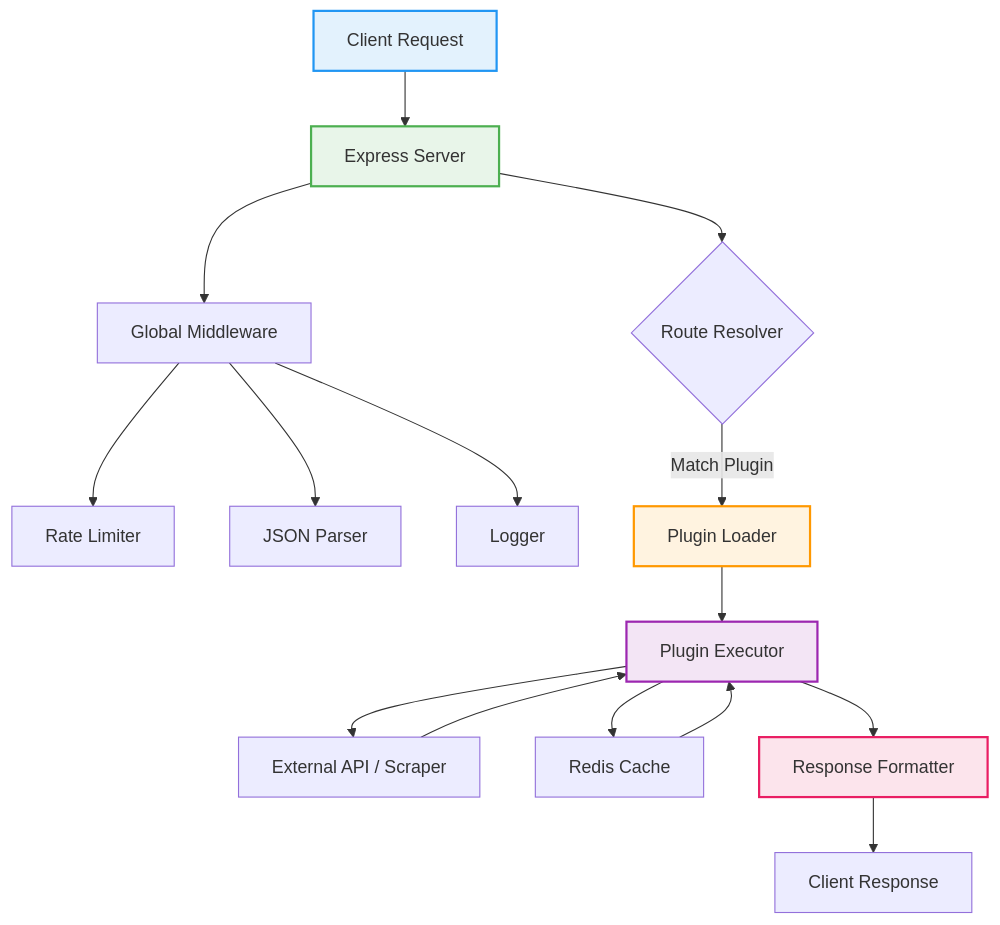
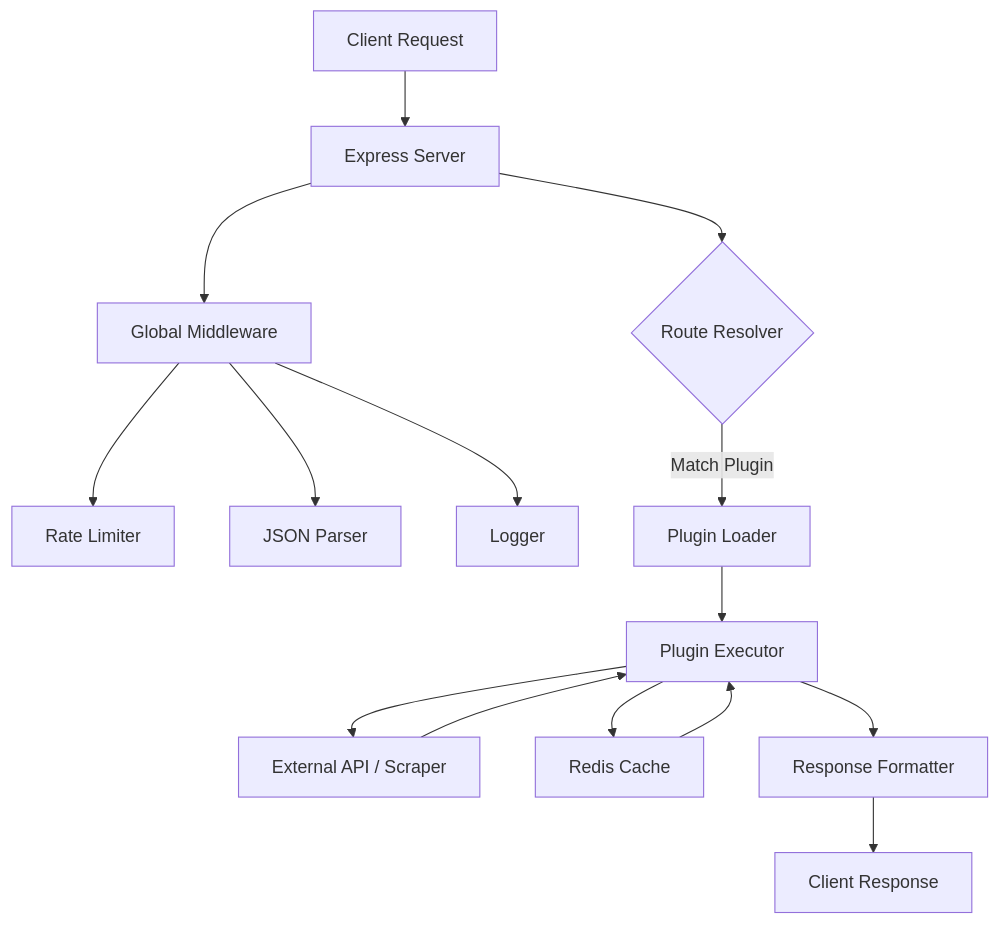
Before and after one commit to Darrma23/libie-api: the diagram in README.md, drawn with Mermaid. The commit also changed other lines of this file, not shown here.

````diff
--- a/README.md
+++ b/README.md
@@ -35,26 +63,20 @@
 ```mermaid
 graph TD
 
 A[Client Request] --> B[Express Server]
 B --> C[Global Middleware]
 C --> D[Rate Limiter]
 C --> E[JSON Parser]
 C --> F[Logger]
 
 B --> G{Route Resolver}
 G -->|Match Plugin| H[Plugin Loader]
 H --> I[Plugin Executor]
 I --> J[External API / Scraper]
 I --> K[Redis Cache]
 
 J --> I
 K --> I
 I --> L[Response Formatter]
 L --> M[Client Response]
-
-style A fill:#e3f2fd,stroke:#2196f3,stroke-width:2px
-style B fill:#e8f5e9,stroke:#4caf50,stroke-width:2px
-style H fill:#fff3e0,stroke:#ff9800,stroke-width:2px
-style I fill:#f3e5f5,stroke:#9c27b0,stroke-width:2px
-style L fill:#fce4ec,stroke:#e91e63,stroke-width:2px
 ```
````
